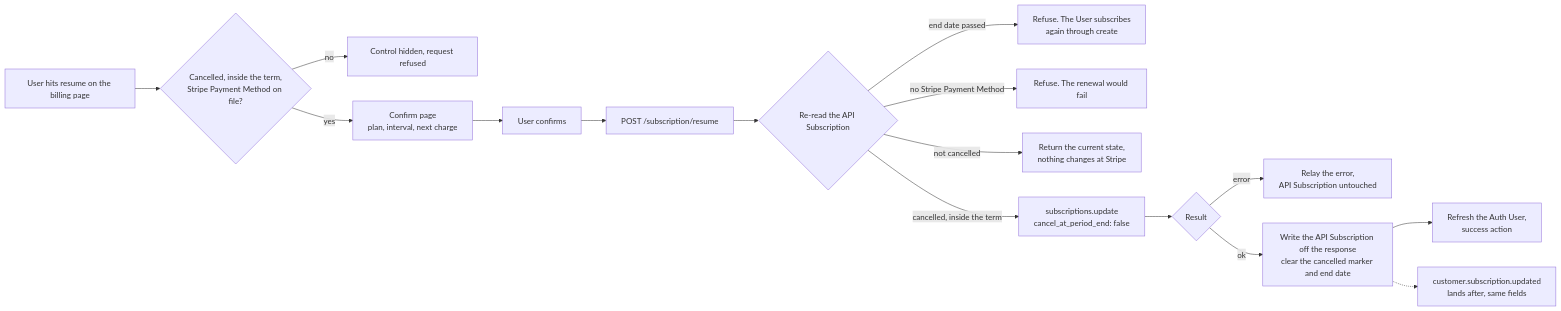
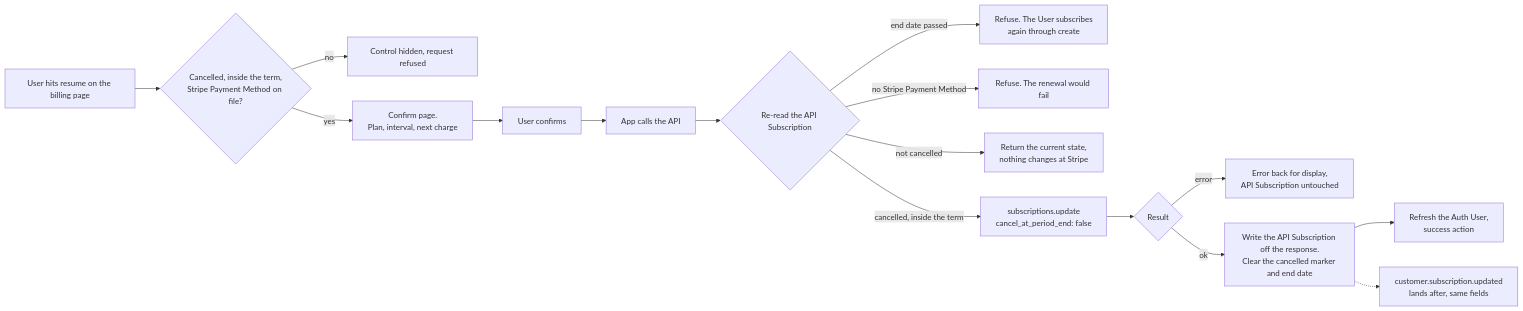
The diagram in public/specs/flows/subscription/stripe/Resume.md (websanova/starter-flows), drawn with Mermaid before and after one commit. The commit also changed other lines of this file and 4 other files, not shown here.

Commit message:
Update the remaining smaller flows into the new format.

````diff
--- a/public/specs/flows/subscription/stripe/Resume.md
+++ b/public/specs/flows/subscription/stripe/Resume.md
@@ -46,23 +42,18 @@
 ```mermaid
 flowchart LR
     A[User hits resume on the billing page] --> B{Cancelled, inside the term,<br/>Stripe Payment Method on file?}
-
     B -->|no| C[Control hidden, request refused]
-    B -->|yes| D["Confirm page<br/>plan, interval, next charge"]
-
+    B -->|yes| D["Confirm page.<br/>Plan, interval, next charge"]
     D --> E[User confirms]
-    E --> F["POST /subscription/resume"]
-
+    E --> F[App calls the API]
     F --> G{Re-read the API Subscription}
     G -->|end date passed| G1[Refuse. The User subscribes<br/>again through create]
     G -->|no Stripe Payment Method| G2[Refuse. The renewal would fail]
     G -->|not cancelled| G3[Return the current state,<br/>nothing changes at Stripe]
     G -->|cancelled, inside the term| H["subscriptions.update<br/>cancel_at_period_end: false"]
-
     H --> I{Result}
-    I -->|error| J[Relay the error,<br/>API Subscription untouched]
-    I -->|ok| K["Write the API Subscription off the response<br/>clear the cancelled marker and end date"]
-
+    I -->|error| J[Error back for display,<br/>API Subscription untouched]
+    I -->|ok| K["Write the API Subscription off the response.<br/>Clear the cancelled marker and end date"]
     K --> L[Refresh the Auth User,<br/>success action]
     K -.-> M["customer.subscription.updated<br/>lands after, same fields"]
 ```
````
